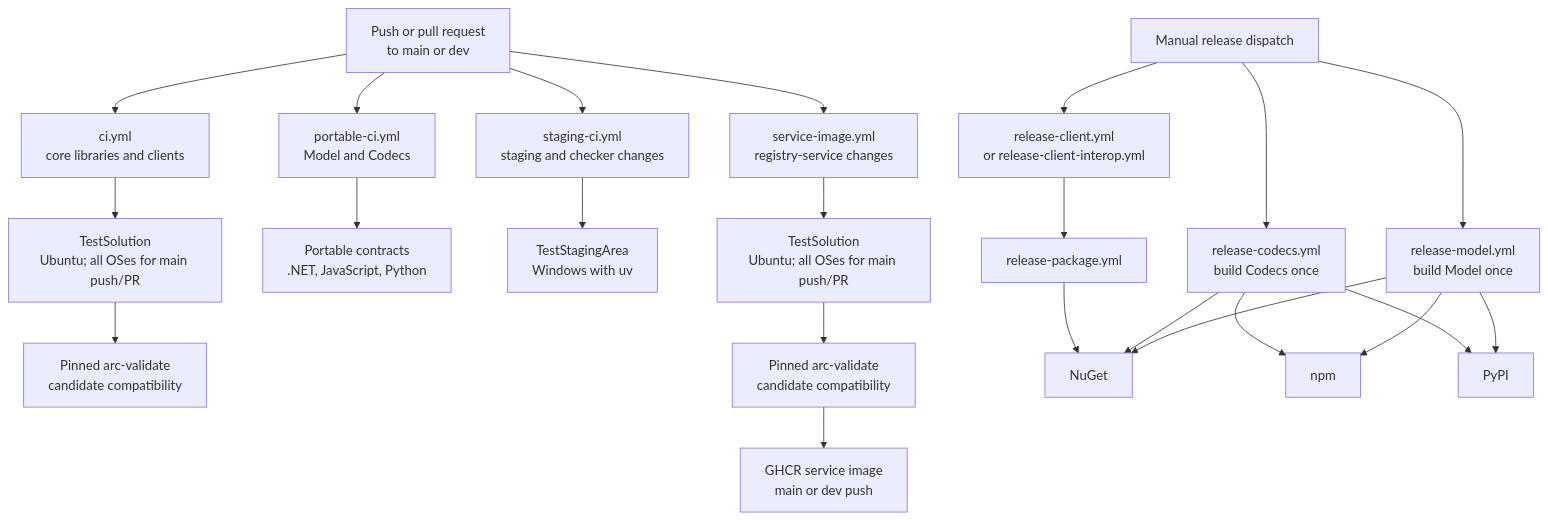
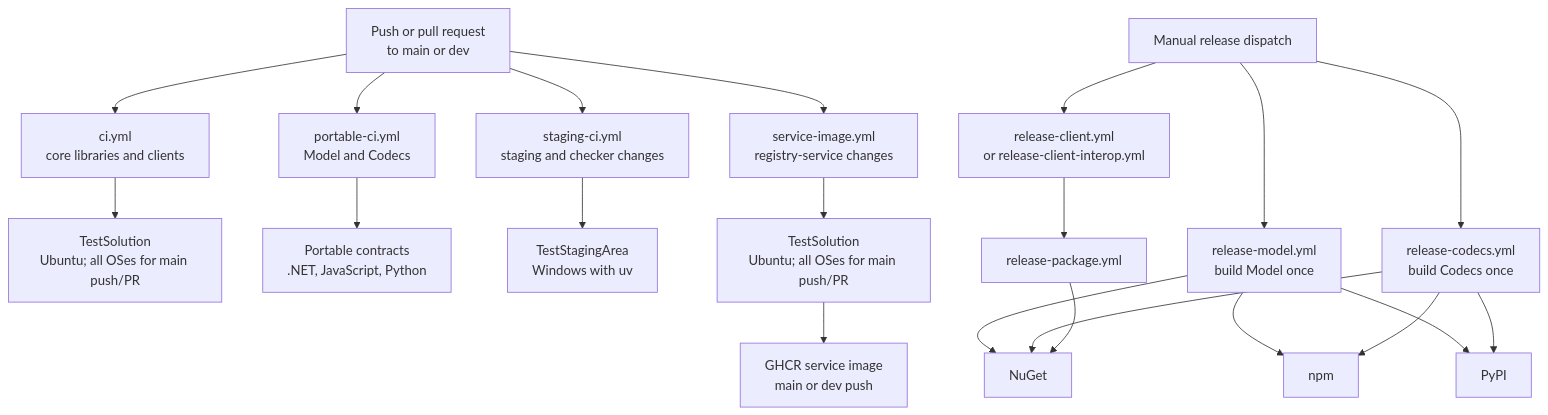
The diagram in README.md (Brilator/arc-validate-package-registry), drawn with Mermaid before and after one commit. The commit also changed other lines of this file and 6 other files, not shown here.

Commit message:
Remove downstream candidate compatibility gate

````diff
--- a/README.md
+++ b/README.md
@@ -84,33 +84,31 @@
 ```mermaid
 flowchart TD
     Changes["Push or pull request<br/>to main or dev"]
     Manual["Manual release dispatch"]
 
     Changes --> CoreCI["ci.yml<br/>core libraries and clients"]
     Changes --> PortableCI["portable-ci.yml<br/>Model and Codecs"]
     Changes --> Staging["staging-ci.yml<br/>staging and checker changes"]
     Changes --> Service["service-image.yml<br/>registry-service changes"]
 
     CoreCI --> Core["TestSolution<br/>Ubuntu; all OSes for main push/PR"]
-    Core --> Downstream["Pinned arc-validate<br/>candidate compatibility"]
     PortableCI --> Portable["Portable contracts<br/>.NET, JavaScript, Python"]
 
     Staging --> StagingTests["TestStagingArea<br/>Windows with uv"]
 
     Service --> ServiceTests["TestSolution<br/>Ubuntu; all OSes for main push/PR"]
-    ServiceTests --> ServiceDownstream["Pinned arc-validate<br/>candidate compatibility"]
-    ServiceDownstream --> Image["GHCR service image<br/>main or dev push"]
+    ServiceTests --> Image["GHCR service image<br/>main or dev push"]
 
     Manual --> ModelRelease["release-model.yml<br/>build Model once"]
     Manual --> CodecsRelease["release-codecs.yml<br/>build Codecs once"]
     Manual --> ClientRelease["release-client.yml<br/>or release-client-interop.yml"]
 
     ModelRelease --> NuGet["NuGet"]
     ModelRelease --> Npm["npm"]
     ModelRelease --> PyPI["PyPI"]
     CodecsRelease --> NuGet
     CodecsRelease --> Npm
     CodecsRelease --> PyPI
     ClientRelease --> NuGetPublisher["release-package.yml"]
     NuGetPublisher --> NuGet
 ```
````
